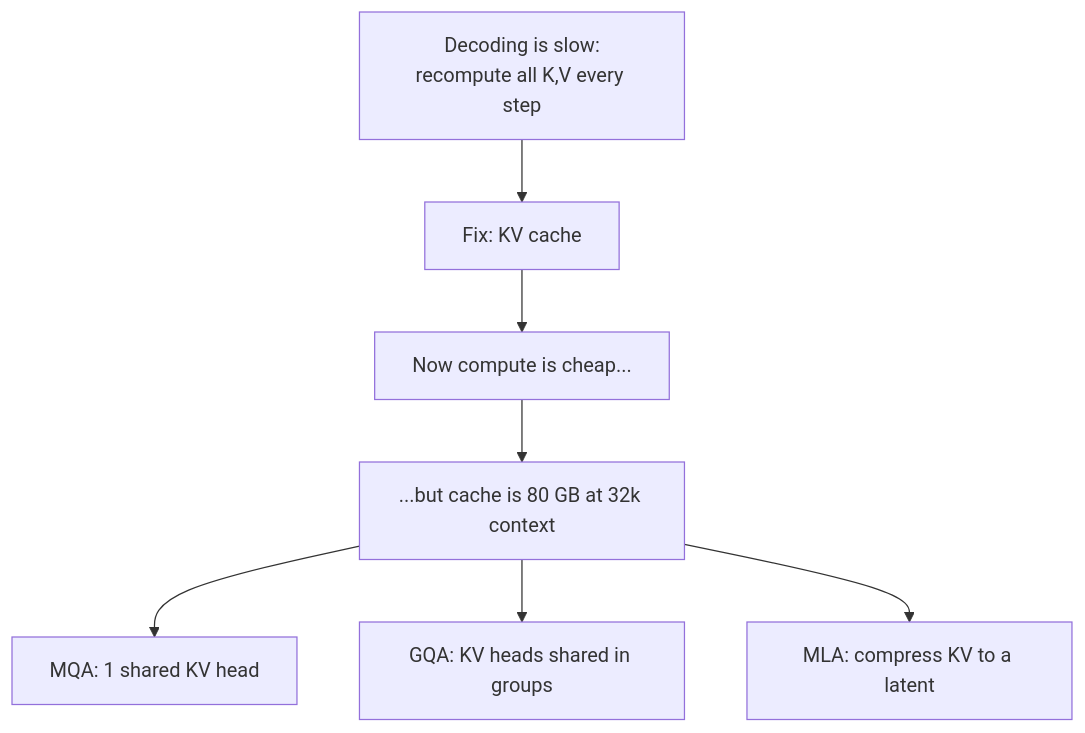
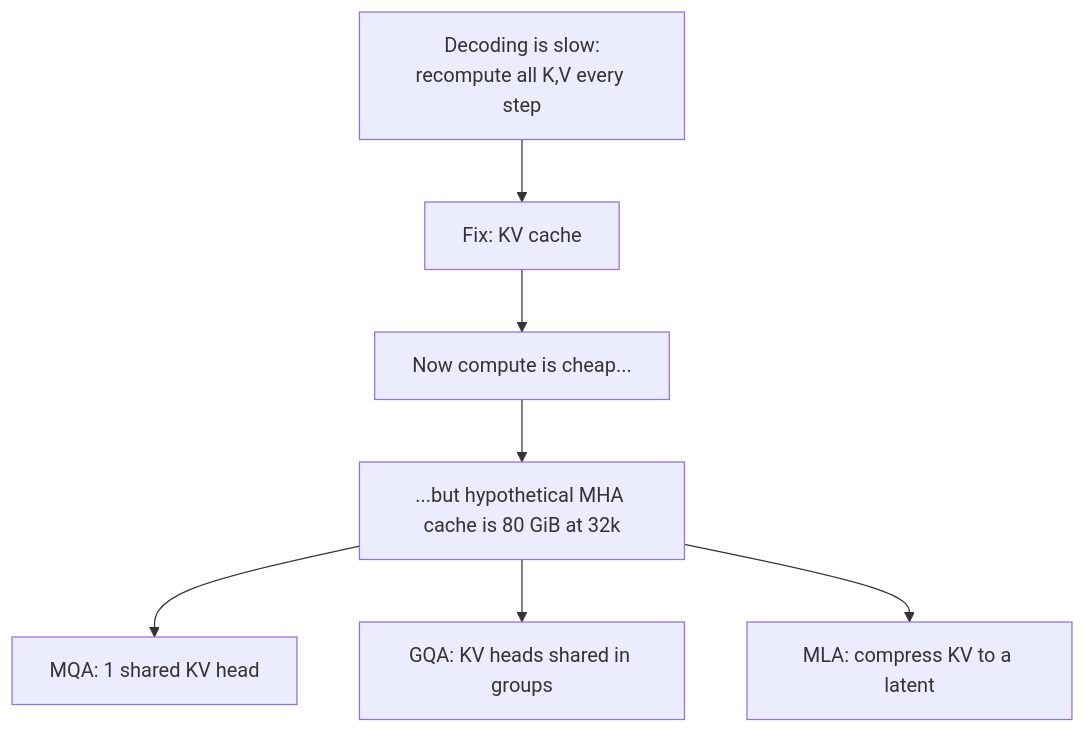
The first of 4 diagrams in content/courses/transformers/09-mqa-gqa-mla.md (alliedbrother/ml-interview-notes), drawn with Mermaid before and after one commit. The commit also changed other lines of this file and 217 other files, not shown here.

````diff
--- a/content/courses/transformers/09-mqa-gqa-mla.md
+++ b/content/courses/transformers/09-mqa-gqa-mla.md
@@ -68,9 +69,9 @@
 ```mermaid
 flowchart TD
     P["Decoding is slow:<br/>recompute all K,V every step"] --> C["Fix: KV cache"]
     C --> W["Now compute is cheap..."]
-    W --> M["...but cache is 80 GB at 32k context"]
+    W --> M["...but hypothetical MHA cache is 80 GiB at 32k"]
     M --> S1["MQA: 1 shared KV head"]
     M --> S2["GQA: KV heads shared in groups"]
     M --> S3["MLA: compress KV to a latent"]
 ```
````
